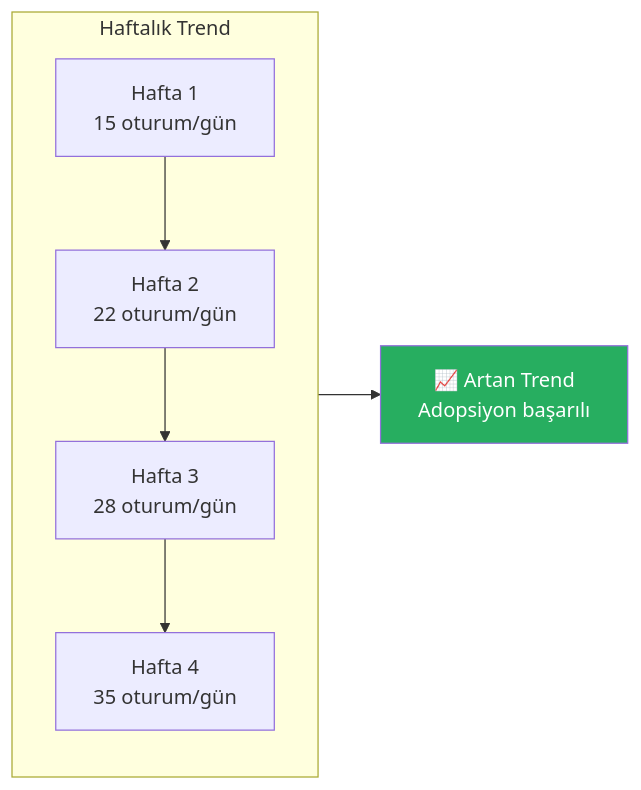
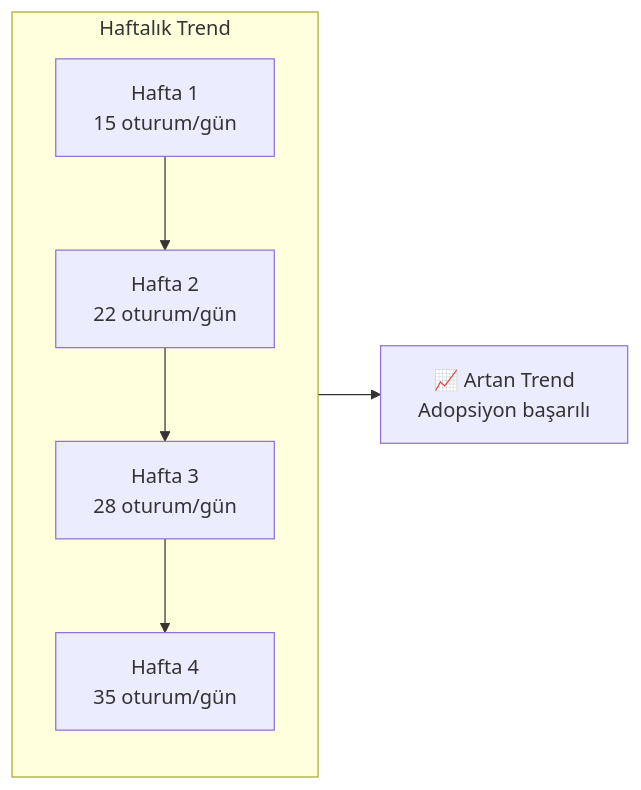
One commit to IzzetYasinAtes/ClaudeCodeHandbook changed the second of 7 diagrams in 18-kurumsal-kullanim/02-analitik-ve-metrikler.md. Above: the diagram before and after it, drawn with Mermaid. The commit also changed other lines of this file and 97 other files, not shown here.

Commit message:
Remove all custom Mermaid style/fill colors from 98 markdown files for consistent dark theme rendering

````diff
--- a/18-kurumsal-kullanim/02-analitik-ve-metrikler.md
+++ b/18-kurumsal-kullanim/02-analitik-ve-metrikler.md
@@ -57,16 +53,15 @@
 ```mermaid
 flowchart LR
     subgraph weekly ["Haftalık Trend"]
         direction TB
         W1["Hafta 1<br/>15 oturum/gün"]
         W2["Hafta 2<br/>22 oturum/gün"]
         W3["Hafta 3<br/>28 oturum/gün"]
         W4["Hafta 4<br/>35 oturum/gün"]
     end
 
     W1 --> W2 --> W3 --> W4
 
     W4 --> TREND["📈 Artan Trend<br/>Adopsiyon başarılı"]
 
-    style TREND fill:#27AE60,color:#fff
 ```
````
